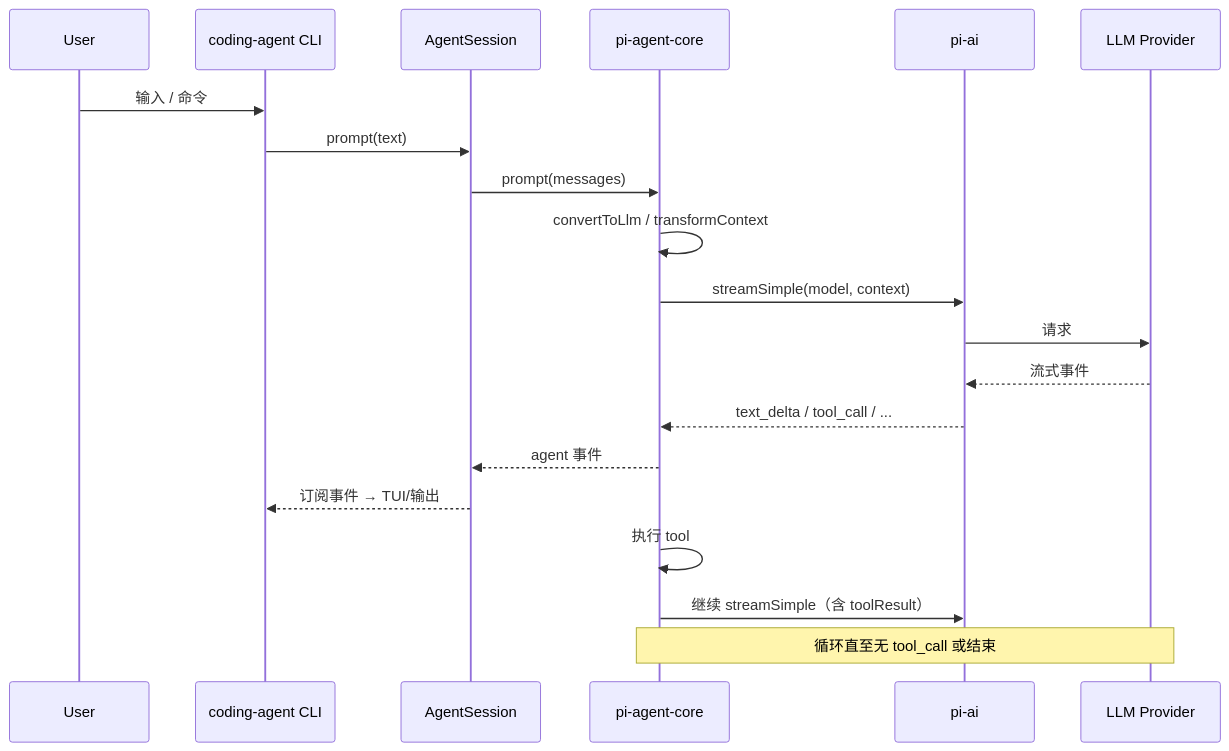
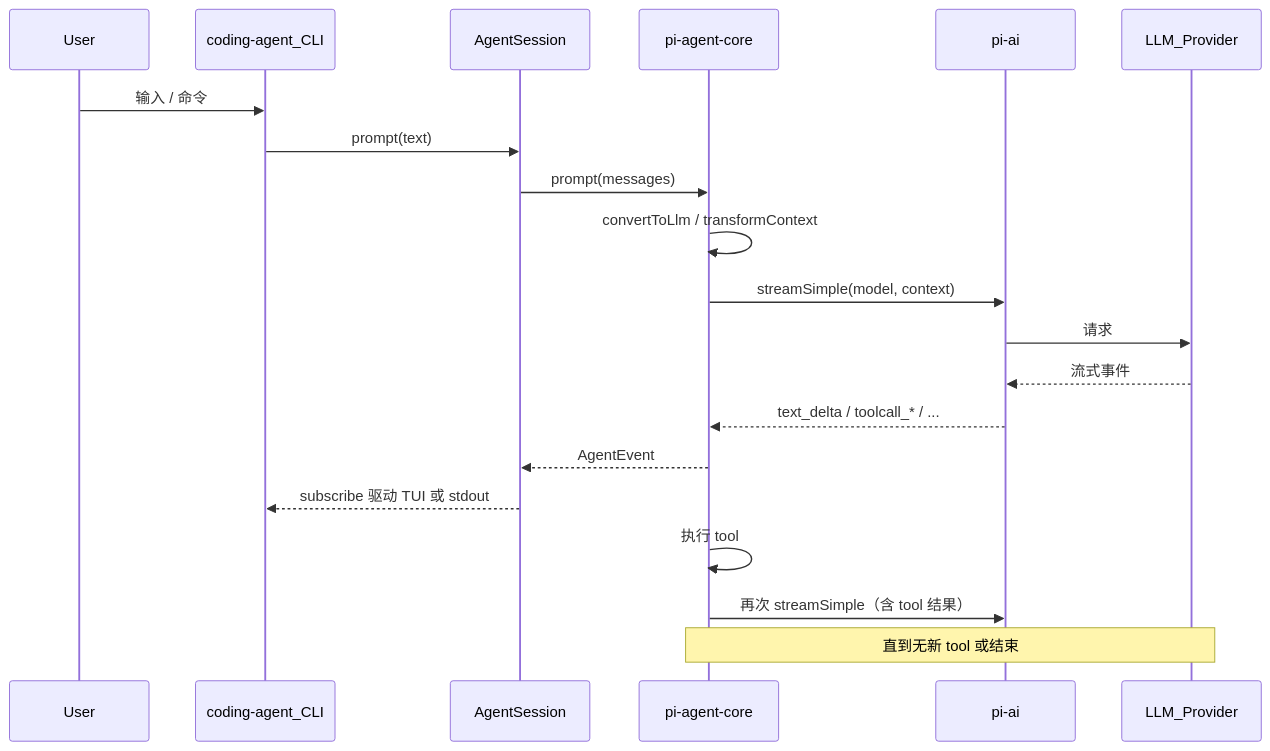
One commit to teisun/tomcat-agent changed the second of 2 diagrams in pi-mono_docs/00-pi-mono 技术总览.md. Above: the diagram before and after it, drawn with Mermaid. The commit also changed other lines of this file and 43 other files, not shown here.

````diff
--- a/pi-mono_docs/00-pi-mono 技术总览.md
+++ b/pi-mono_docs/00-pi-mono 技术总览.md
@@ -61,23 +113,23 @@
 ```mermaid
 sequenceDiagram
   participant User
-  participant CLI as coding-agent CLI
+  participant CLI as coding-agent_CLI
   participant Session as AgentSession
   participant Agent as pi-agent-core
   participant AI as pi-ai
-  participant LLM as LLM Provider
+  participant LLM as LLM_Provider
 
   User->>CLI: 输入 / 命令
   CLI->>Session: prompt(text)
   Session->>Agent: prompt(messages)
   Agent->>Agent: convertToLlm / transformContext
   Agent->>AI: streamSimple(model, context)
   AI->>LLM: 请求
   LLM-->>AI: 流式事件
-  AI-->>Agent: text_delta / tool_call / ...
-  Agent-->>Session: agent 事件
-  Session-->>CLI: 订阅事件 → TUI/输出
+  AI-->>Agent: text_delta / toolcall_* / ...
+  Agent-->>Session: AgentEvent
+  Session-->>CLI: subscribe 驱动 TUI 或 stdout
   Agent->>Agent: 执行 tool
-  Agent->>AI: 继续 streamSimple（含 toolResult）
-  Note over Agent,LLM: 循环直至无 tool_call 或结束
+  Agent->>AI: 再次 streamSimple（含 tool 结果）
+  Note over Agent,LLM: 直到无新 tool 或结束
 ```
````
